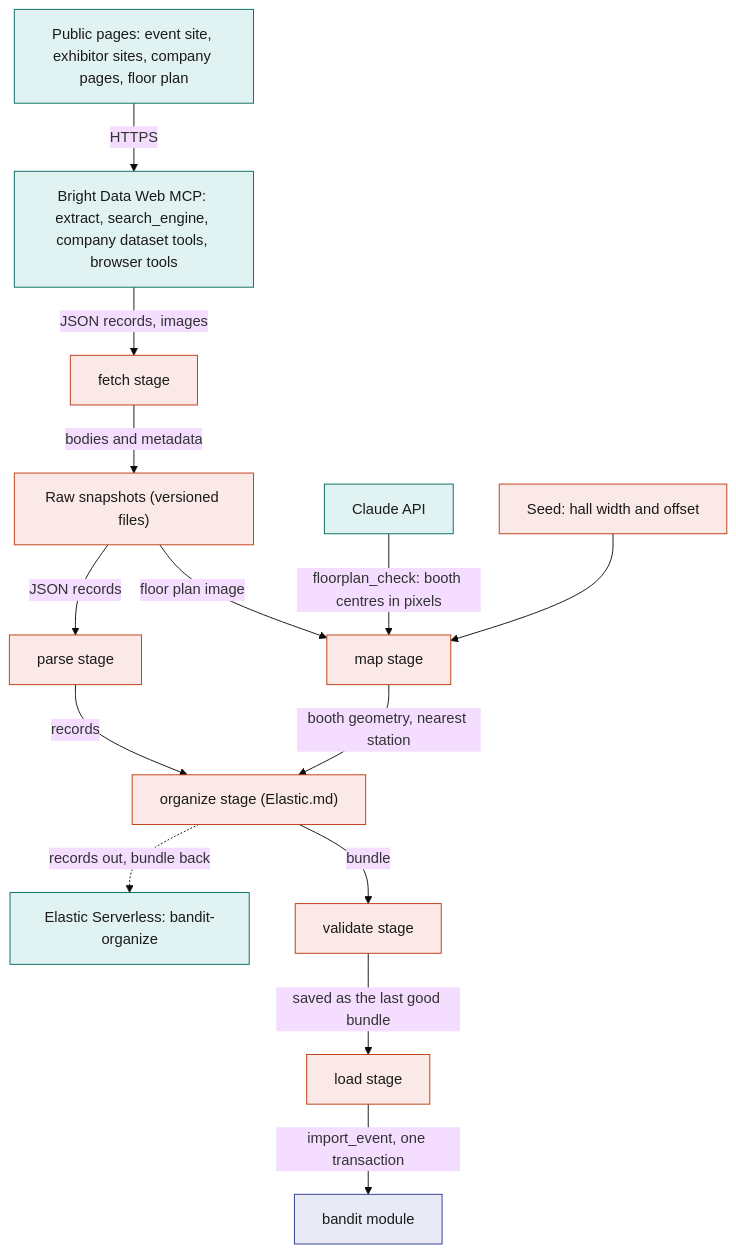
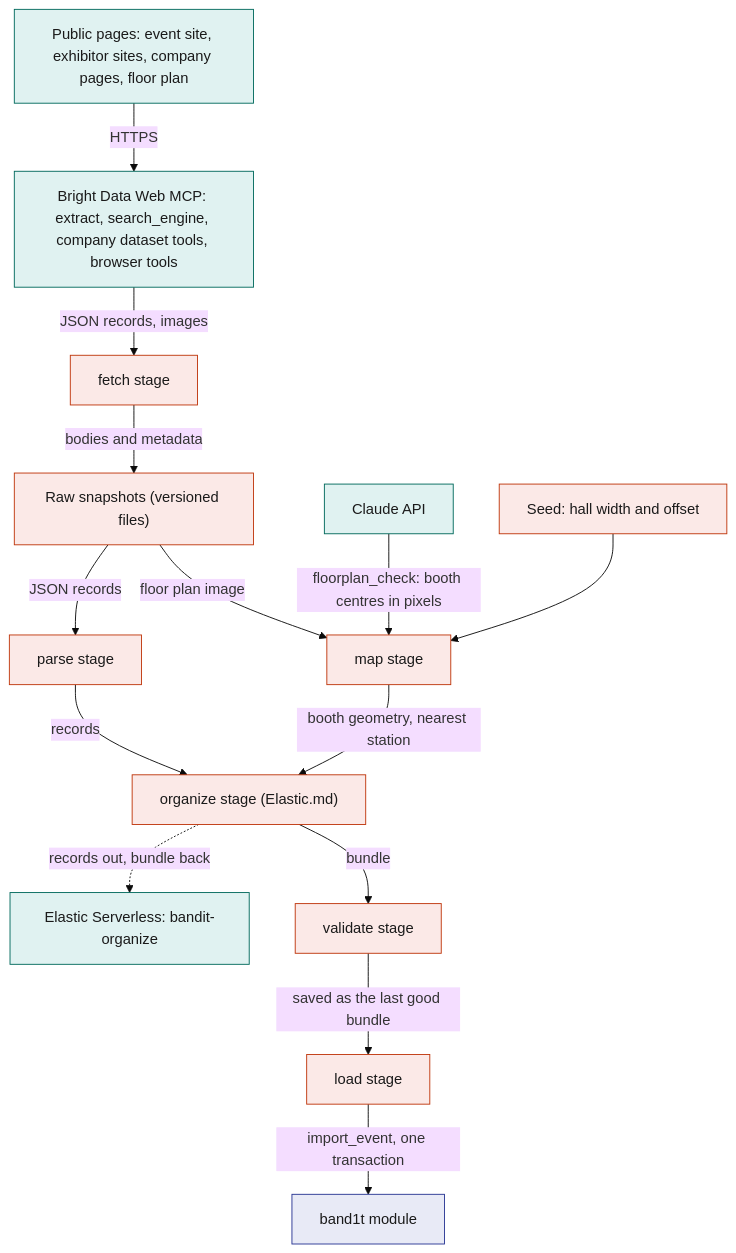
The first of 4 diagrams in System Design/7-integrations/BrightData.md (viktorinkov/cal-hacks-13), drawn with Mermaid (base theme) before and after one commit. The commit also changed other lines of this file and 21 other files, not shown here.

````diff
--- a/System Design/7-integrations/BrightData.md
+++ b/System Design/7-integrations/BrightData.md
@@ -98,22 +98,22 @@
 ```mermaid
 flowchart TB
   SRC["Public pages: event site, exhibitor sites, company pages, floor plan"] -->|"HTTPS"| BD["Bright Data Web MCP: extract, search_engine, company dataset tools, browser tools"]
   BD -->|"JSON records, images"| F["fetch stage"]
   F -->|"bodies and metadata"| SNAP["Raw snapshots (versioned files)"]
   SNAP -->|"JSON records"| P["parse stage"]
   SNAP -->|"floor plan image"| M["map stage"]
   CL["Claude API"] -->|"floorplan_check: booth centres in pixels"| M
   SEED["Seed: hall width and offset"] --> M
   P -->|"records"| O["organize stage (Elastic.md)"]
   M -->|"booth geometry, nearest station"| O
   O -.->|"records out, bundle back"| ES["Elastic Serverless: bandit-organize"]
   O -->|"bundle"| V["validate stage"]
   V -->|"saved as the last good bundle"| L["load stage"]
-  L -->|"import_event, one transaction"| STDB["bandit module"]
+  L -->|"import_event, one transaction"| STDB["band1t module"]
   classDef rust fill:#FBE9E7,stroke:#BF360C,color:#1A1A1A
   classDef stdb fill:#E8EAF6,stroke:#283593,color:#1A1A1A
   classDef ext fill:#E0F2F1,stroke:#00695C,color:#1A1A1A
   class F,P,M,O,V,L,SNAP,SEED rust
   class STDB stdb
   class SRC,BD,CL,ES ext
 ```
````
